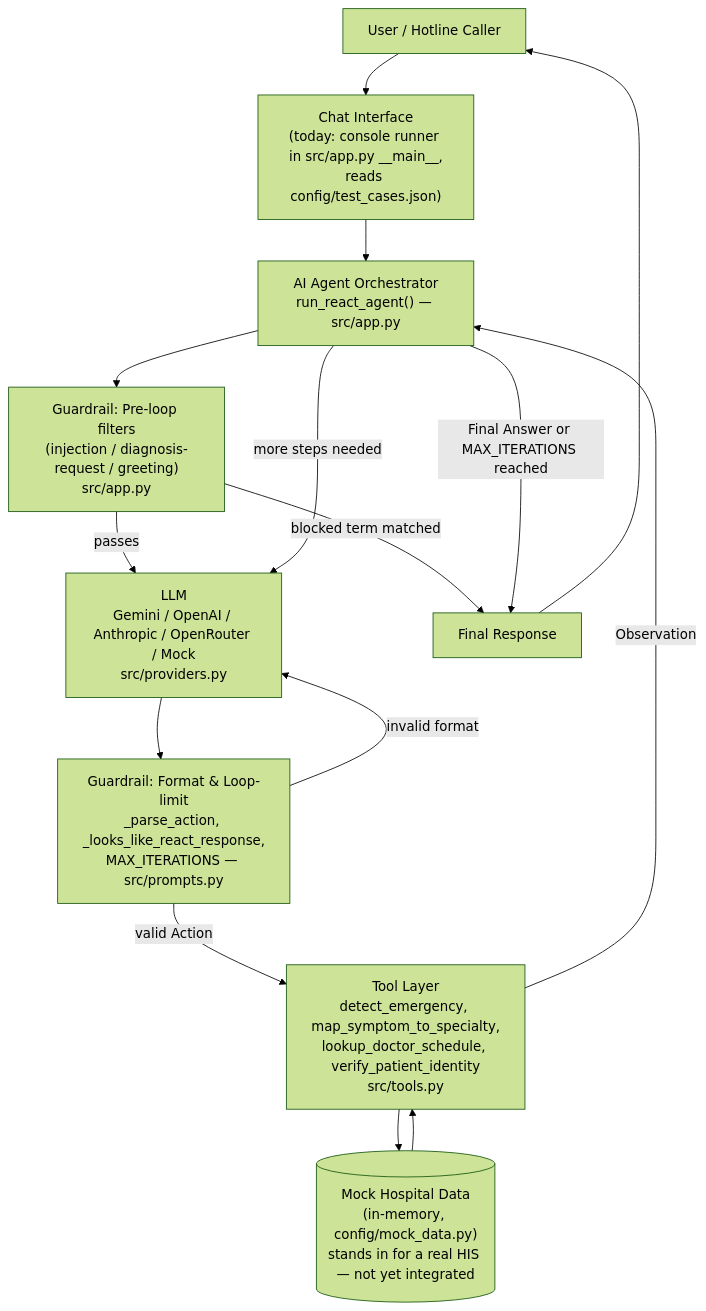
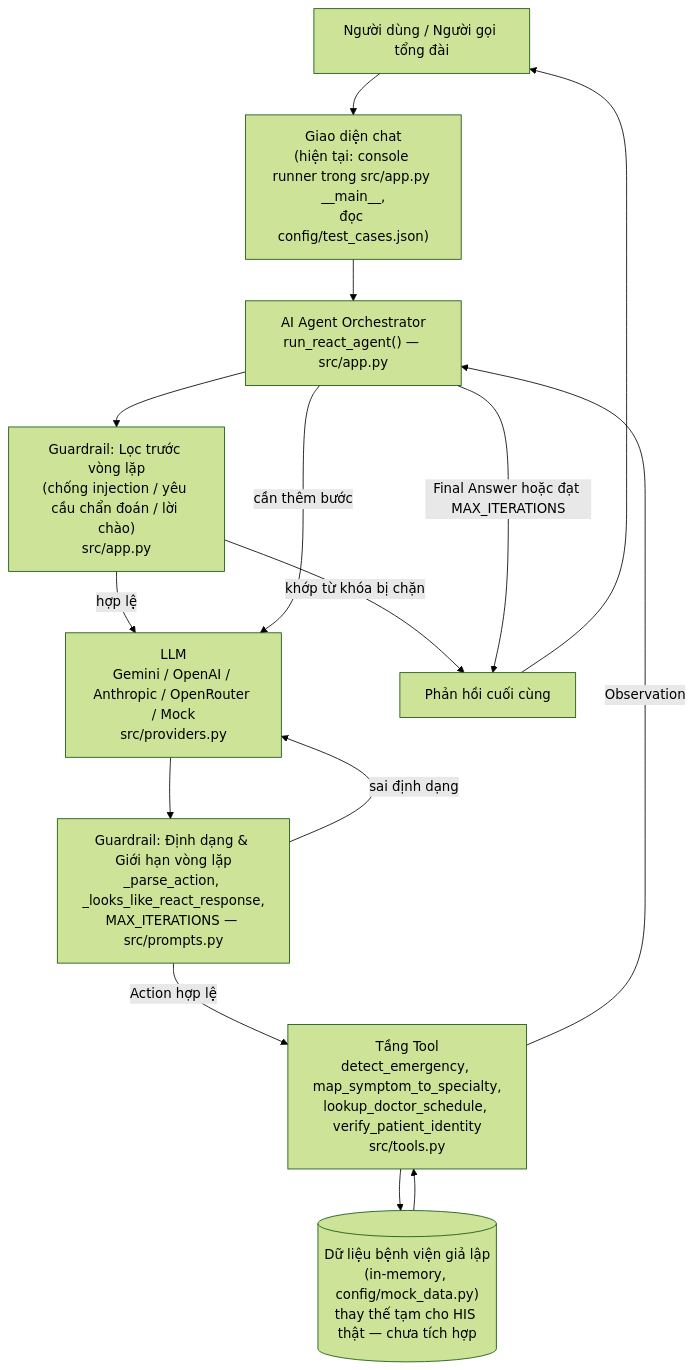
Before and after one commit to danhnahh/K4-Day03-C1-3-E403: the first of 3 diagrams in docs/architecture.md, drawn with Mermaid (forest theme). The commit also changed other lines of this file, not shown here.

````diff
--- a/docs/architecture.md
+++ b/docs/architecture.md
@@ -119,26 +119,26 @@
 ```mermaid
 flowchart TD
-    U[User / Hotline Caller]
-    UI["Chat Interface<br/>(today: console runner in src/app.py __main__,<br/>reads config/test_cases.json)"]
+    U[Người dùng / Người gọi tổng đài]
+    UI["Giao diện chat<br/>(hiện tại: console runner trong src/app.py __main__,<br/>đọc config/test_cases.json)"]
     AGENT["AI Agent Orchestrator<br/>run_react_agent() — src/app.py"]
-    GUARD1["Guardrail: Pre-loop filters<br/>(injection / diagnosis-request / greeting)<br/>src/app.py"]
+    GUARD1["Guardrail: Lọc trước vòng lặp<br/>(chống injection / yêu cầu chẩn đoán / lời chào)<br/>src/app.py"]
     LLM["LLM<br/>Gemini / OpenAI / Anthropic / OpenRouter / Mock<br/>src/providers.py"]
-    GUARD2["Guardrail: Format & Loop-limit<br/>_parse_action, _looks_like_react_response,<br/>MAX_ITERATIONS — src/prompts.py"]
-    TOOLS["Tool Layer<br/>detect_emergency, map_symptom_to_specialty,<br/>lookup_doctor_schedule, verify_patient_identity<br/>src/tools.py"]
-    HIS[("Mock Hospital Data<br/>(in-memory, config/mock_data.py)<br/>stands in for a real HIS — not yet integrated")]
-    RESP[Final Response]
+    GUARD2["Guardrail: Định dạng & Giới hạn vòng lặp<br/>_parse_action, _looks_like_react_response,<br/>MAX_ITERATIONS — src/prompts.py"]
+    TOOLS["Tầng Tool<br/>detect_emergency, map_symptom_to_specialty,<br/>lookup_doctor_schedule, verify_patient_identity<br/>src/tools.py"]
+    HIS[("Dữ liệu bệnh viện giả lập<br/>(in-memory, config/mock_data.py)<br/>thay thế tạm cho HIS thật — chưa tích hợp")]
+    RESP[Phản hồi cuối cùng]
 
     U --> UI --> AGENT
     AGENT --> GUARD1
-    GUARD1 -- "blocked term matched" --> RESP
-    GUARD1 -- "passes" --> LLM
+    GUARD1 -- "khớp từ khóa bị chặn" --> RESP
+    GUARD1 -- "hợp lệ" --> LLM
     LLM --> GUARD2
-    GUARD2 -- "invalid format" --> LLM
-    GUARD2 -- "valid Action" --> TOOLS
+    GUARD2 -- "sai định dạng" --> LLM
+    GUARD2 -- "Action hợp lệ" --> TOOLS
     TOOLS --> HIS
     HIS --> TOOLS
     TOOLS -- "Observation" --> AGENT
-    AGENT -- "more steps needed" --> LLM
-    AGENT -- "Final Answer or MAX_ITERATIONS reached" --> RESP
+    AGENT -- "cần thêm bước" --> LLM
+    AGENT -- "Final Answer hoặc đạt MAX_ITERATIONS" --> RESP
     RESP --> U
 ```
````
